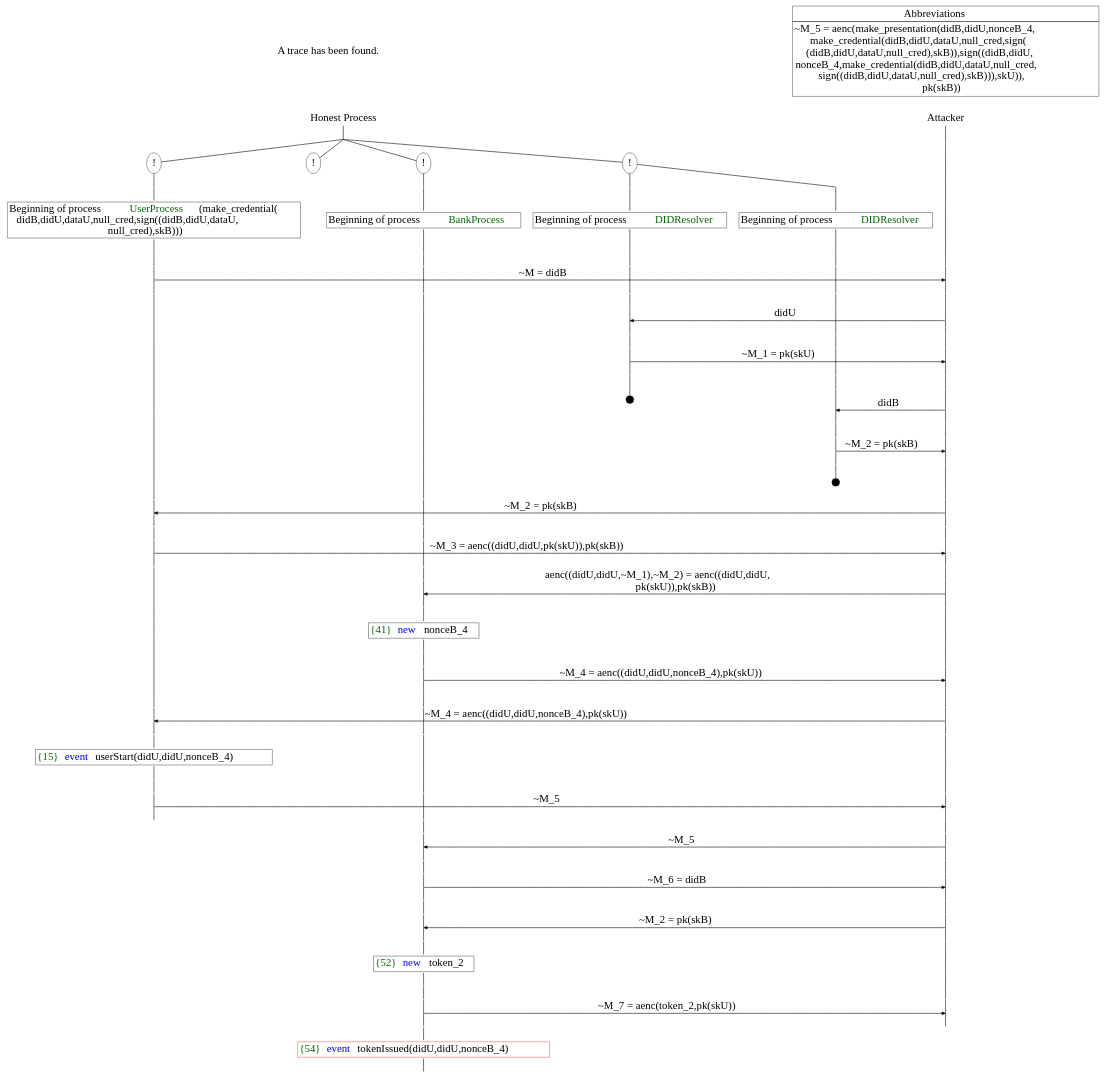
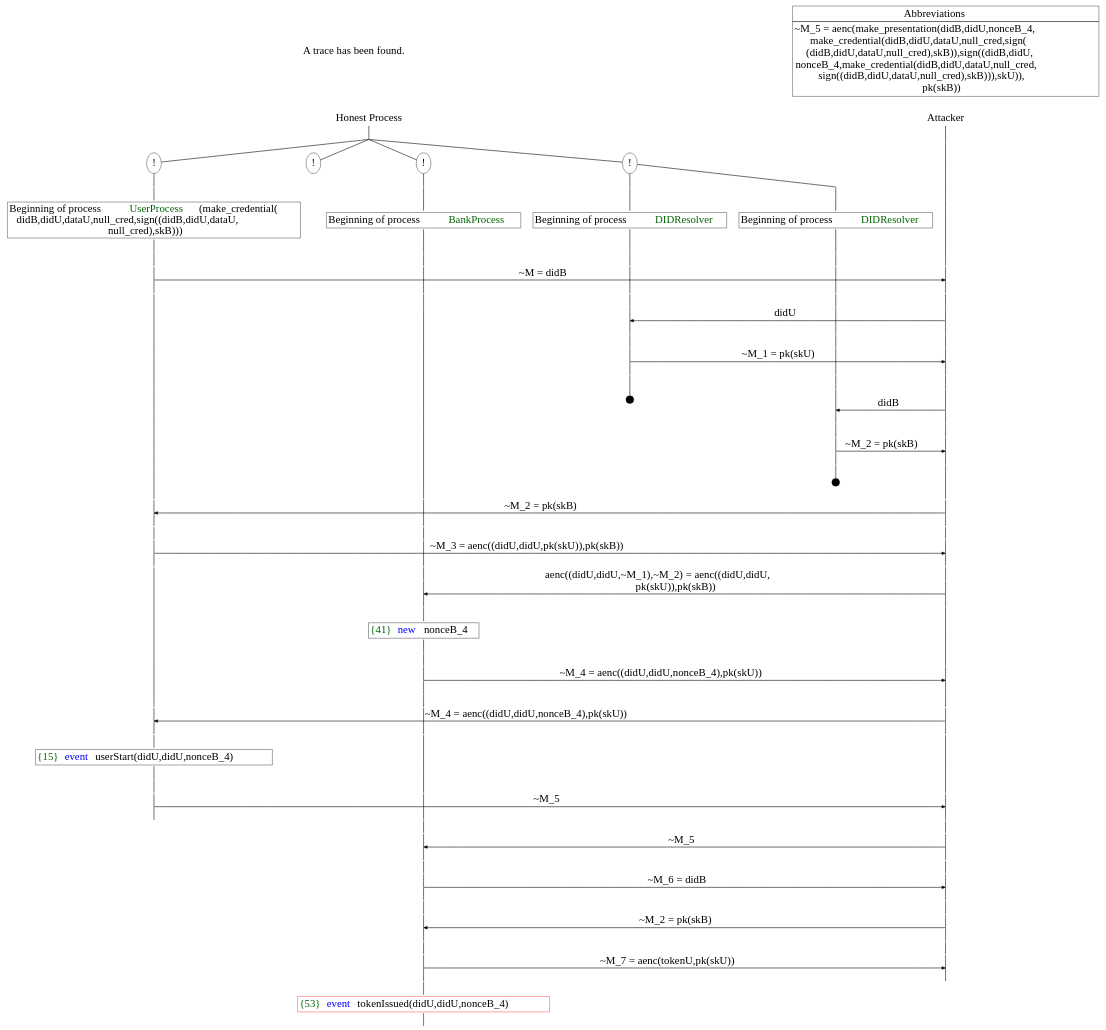
One commit to thphong/ssi-proverif changed the diagram in trace1.dot. Above: the diagram before and after it, drawn with Graphviz. The commit also changed 3 other files, not shown here.

Commit message:
Add diagram user_bank

```diff
--- a/trace1.dot
+++ b/trace1.dot
@@ -304,29 +304,26 @@
 P__41 -> P__42 [label = <>, weight = 100]
 {rank = same; P__42 P0_0_0__34 P0_0_1__30 P0_1_0__30}
 P0_1_0__30 -> P0_1_0__31 [label = <>, weight = 100]
-P0_1_0__31 [shape = plaintext, label = <<TABLE BORDER="0" CELLBORDER="1" CELLSPACING="0" CELLPADDING="4"> <TR><TD><FONT COLOR="darkgreen">{52}</FONT><FONT COLOR="blue">new </FONT>token_2</TD></TR></TABLE>>]
-P0_1_0__31 -> P0_1_0__32 [label = <>, weight = 100]
-P0_1_0__32 -> P0_1_0__33 [label = <>, weight = 100]
 P0_0_1__31 [label = "", style = invisible]
 P0_0_1__30 -> P0_0_1__31 [label = <>, weight = 100, style = invisible]
 P0_0_0__35 [label = "", style = invisible]
 P0_0_0__34 -> P0_0_0__35 [label = <>, weight = 100, style = invisible]
 P__42 -> P__43 [label = <>, weight = 100]
-{rank = same; P__43 P0_0_0__35 P0_0_1__31 P0_1_0__33}
-P0_1_0__33 -> P0_1_0__34 [label = <>, weight = 100]
+{rank = same; P__43 P0_0_0__35 P0_0_1__31 P0_1_0__31}
+P0_1_0__31 -> P0_1_0__32 [label = <>, weight = 100]
 P__43 -> P__44 [label = <>, weight = 100]
-{rank = same; P__44 P0_1_0__34}
-P0_1_0__34 -> P__44 [label = <~M_7 = aenc(token_2,pk(skU))>, arrowhead = normal]
-P0_1_0__34 -> P0_1_0__35 [label = <>, weight = 100]
+{rank = same; P__44 P0_1_0__32}
+P0_1_0__32 -> P__44 [label = <~M_7 = aenc(tokenU,pk(skU))>, arrowhead = normal]
+P0_1_0__32 -> P0_1_0__33 [label = <>, weight = 100]
 P0_0_1__32 [label = "", style = invisible]
 P0_0_1__31 -> P0_0_1__32 [label = <>, weight = 100, style = invisible]
 P0_0_0__36 [label = "", style = invisible]
 P0_0_0__35 -> P0_0_0__36 [label = <>, weight = 100, style = invisible]
 P__44 -> P__45 [label = <>, weight = 100]
-{rank = same; P__45 P0_0_0__36 P0_0_1__32 P0_1_0__35}
-P0_1_0__35 -> P0_1_0__36 [label = <>, weight = 100]
-P0_1_0__36 [color = red, shape = plaintext, label = <<TABLE BORDER="0" CELLBORDER="1" CELLSPACING="0" CELLPADDING="4"> <TR><TD><FONT COLOR="darkgreen">{54}</FONT><FONT COLOR="blue">event</FONT> tokenIssued(didU,didU,nonceB_4)</TD></TR></TABLE>>]
-P0_1_0__36 -> P0_1_0__37 [label = <>, weight = 100]
+{rank = same; P__45 P0_0_0__36 P0_0_1__32 P0_1_0__33}
+P0_1_0__33 -> P0_1_0__34 [label = <>, weight = 100]
+P0_1_0__34 [color = red, shape = plaintext, label = <<TABLE BORDER="0" CELLBORDER="1" CELLSPACING="0" CELLPADDING="4"> <TR><TD><FONT COLOR="darkgreen">{53}</FONT><FONT COLOR="blue">event</FONT> tokenIssued(didU,didU,nonceB_4)</TD></TR></TABLE>>]
+P0_1_0__34 -> P0_1_0__35 [label = <>, weight = 100]
 Abbrev [shape = plaintext, label = <<TABLE BORDER="0" CELLBORDER="1" CELLSPACING="0" CELLPADDING="4"><TR> <TD> Abbreviations </TD></TR><TR><TD>~M_5 = aenc(make_presentation(didB,didU,nonceB_4,<br/>
 make_credential(didB,didU,dataU,null_cred,sign(<br/>
 (didB,didU,dataU,null_cred),skB)),sign((didB,didU,<br/>
```
